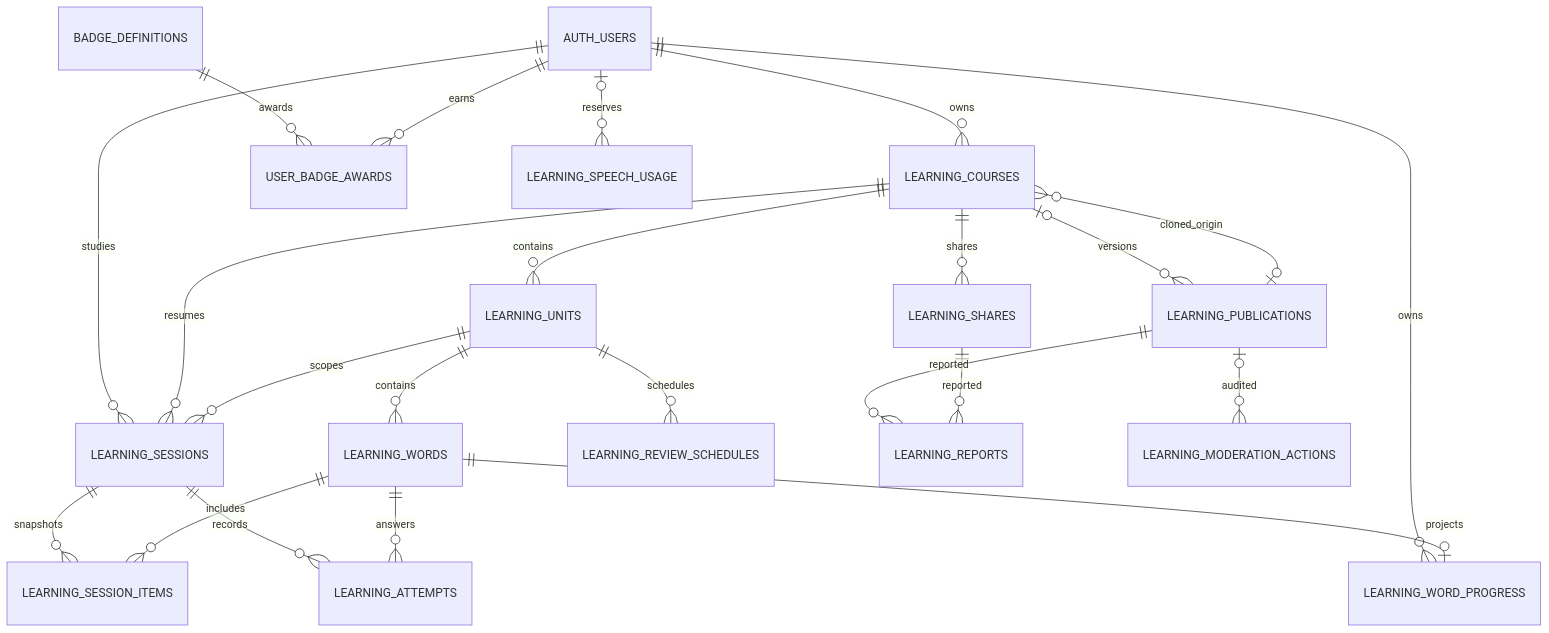
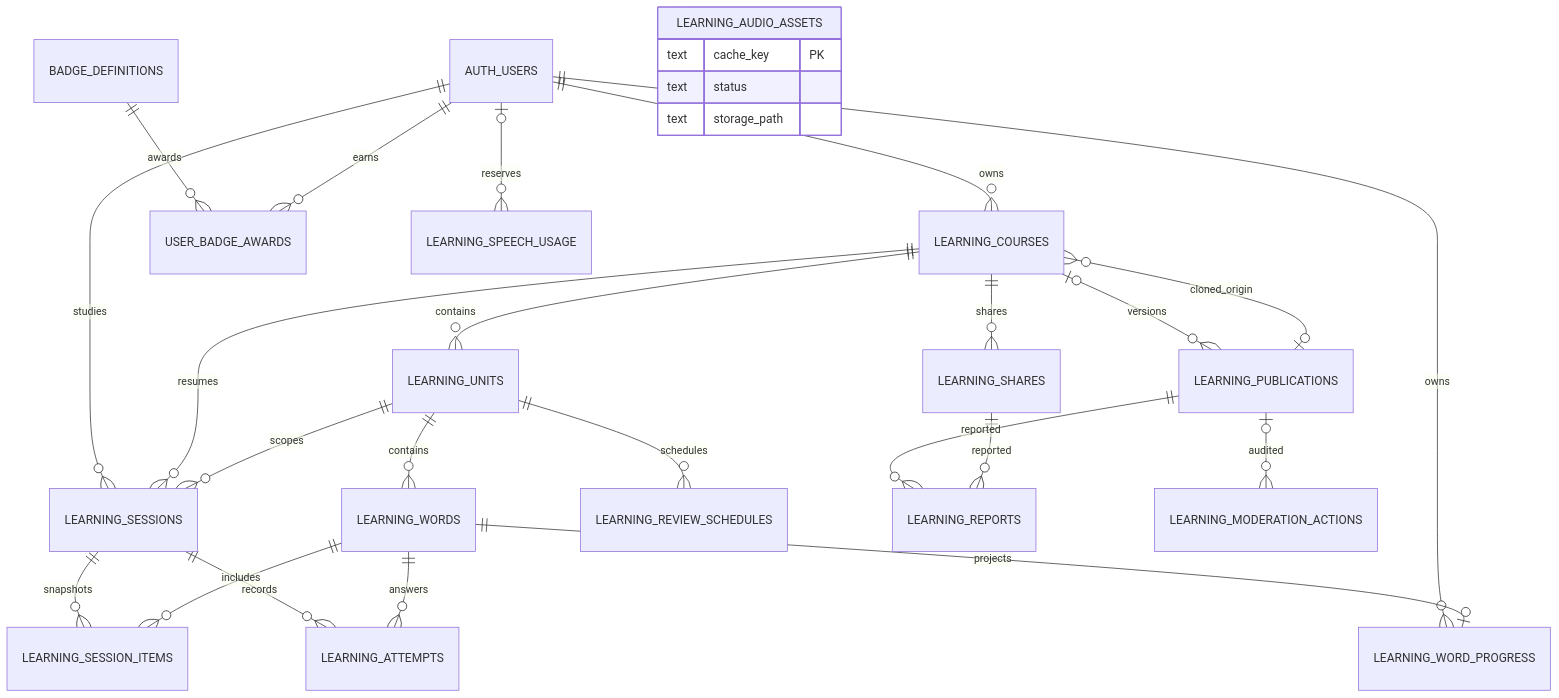
One commit to HuanZhang2006/Nalanda changed the second of 2 diagrams in docs/guides/ERD.md. Above: the diagram before and after it, drawn with Mermaid. The commit also changed other lines of this file and 62 other files, not shown here.

````diff
--- a/docs/guides/ERD.md
+++ b/docs/guides/ERD.md
@@ -211,25 +211,30 @@
 ```mermaid
 erDiagram
     AUTH_USERS ||--o{ LEARNING_COURSES : owns
     LEARNING_COURSES ||--o{ LEARNING_UNITS : contains
     LEARNING_UNITS ||--o{ LEARNING_WORDS : contains
     AUTH_USERS ||--o{ LEARNING_SESSIONS : studies
     LEARNING_COURSES ||--o{ LEARNING_SESSIONS : resumes
     LEARNING_UNITS ||--o{ LEARNING_SESSIONS : scopes
     LEARNING_SESSIONS ||--o{ LEARNING_SESSION_ITEMS : snapshots
     LEARNING_WORDS ||--o{ LEARNING_SESSION_ITEMS : includes
     LEARNING_SESSIONS ||--o{ LEARNING_ATTEMPTS : records
     LEARNING_WORDS ||--o{ LEARNING_ATTEMPTS : answers
     AUTH_USERS ||--o{ LEARNING_WORD_PROGRESS : owns
     LEARNING_WORDS ||--o| LEARNING_WORD_PROGRESS : projects
     LEARNING_UNITS ||--o{ LEARNING_REVIEW_SCHEDULES : schedules
     LEARNING_COURSES ||--o{ LEARNING_SHARES : shares
     LEARNING_COURSES o|--o{ LEARNING_PUBLICATIONS : versions
     LEARNING_PUBLICATIONS o|--o{ LEARNING_COURSES : cloned_origin
     LEARNING_PUBLICATIONS ||--o{ LEARNING_REPORTS : reported
     LEARNING_SHARES ||--o{ LEARNING_REPORTS : reported
     LEARNING_PUBLICATIONS o|--o{ LEARNING_MODERATION_ACTIONS : audited
     BADGE_DEFINITIONS ||--o{ USER_BADGE_AWARDS : awards
     AUTH_USERS ||--o{ USER_BADGE_AWARDS : earns
     AUTH_USERS o|--o{ LEARNING_SPEECH_USAGE : reserves
+    LEARNING_AUDIO_ASSETS {
+        text cache_key PK
+        text status
+        text storage_path
+    }
 ```
````
